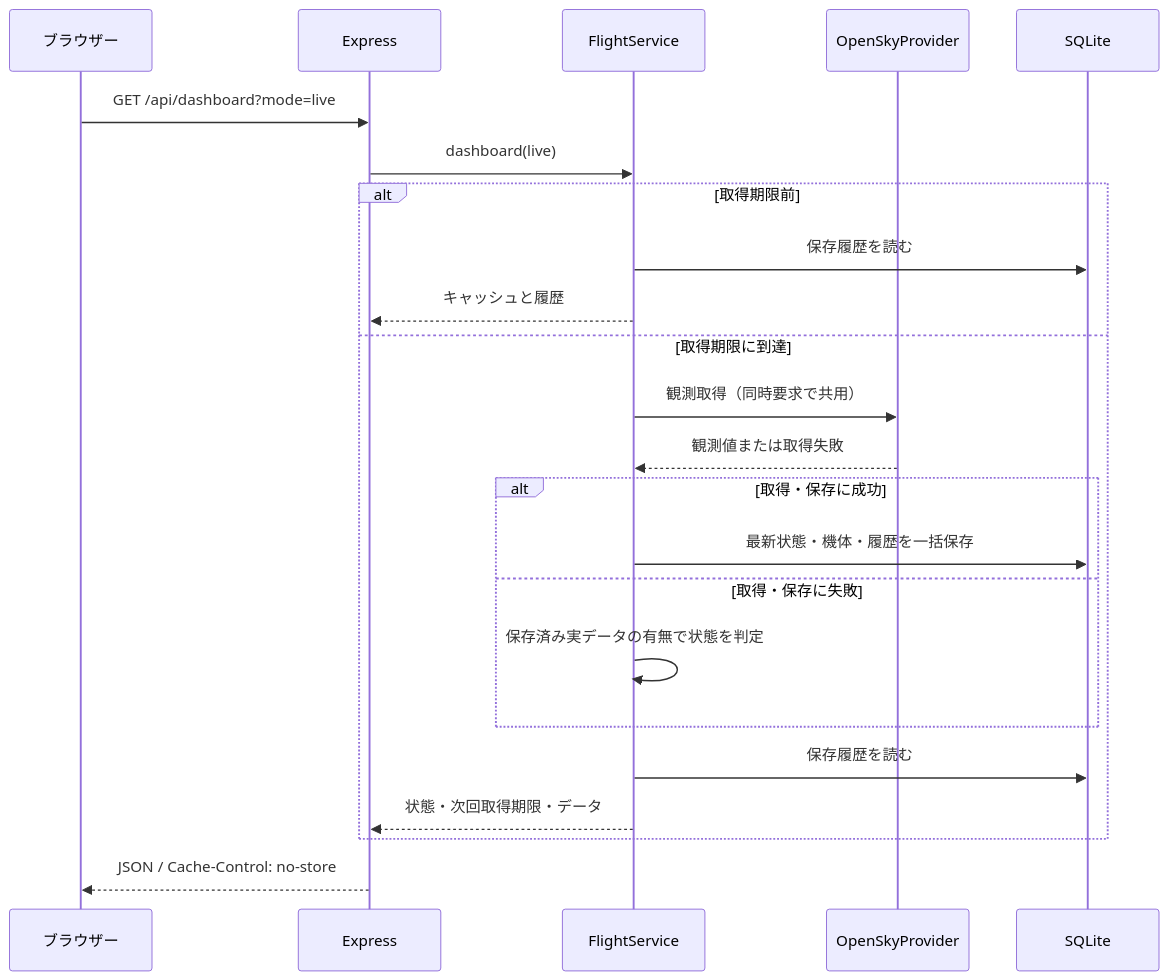
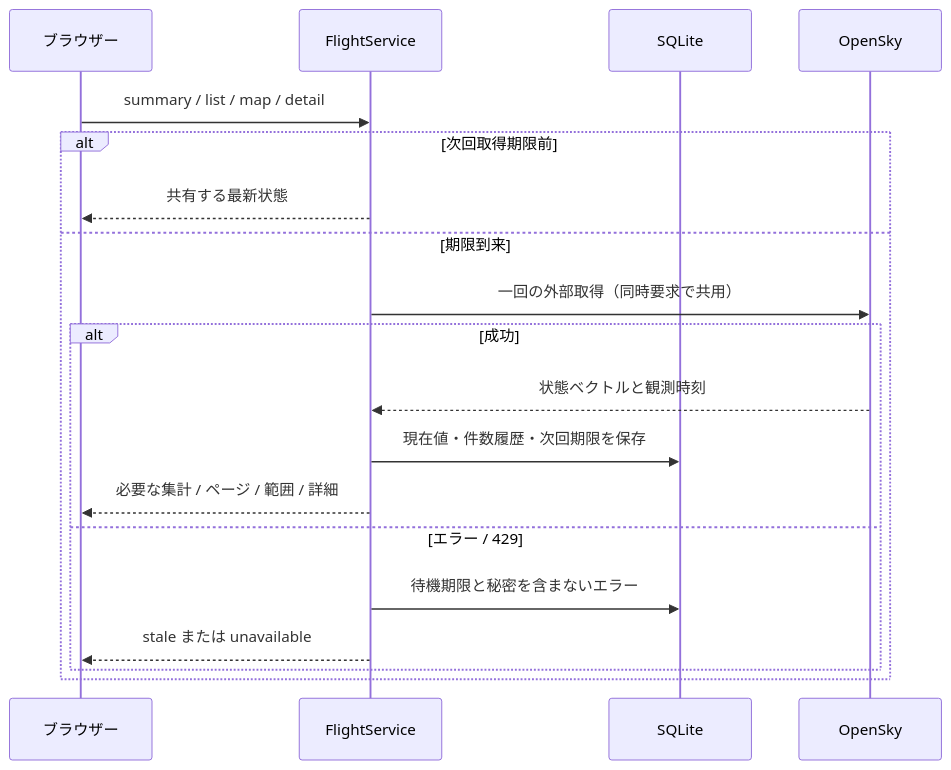
Before and after one commit to Busaemon/global-flight-monitor: the second of 2 diagrams in docs/04-architecture.md, drawn with Mermaid. The commit also changed other lines of this file and 69 other files, not shown here.

````diff
--- a/docs/04-architecture.md
+++ b/docs/04-architecture.md
@@ -86,25 +46,21 @@
 ```mermaid
 sequenceDiagram
     participant B as ブラウザー
-    participant A as Express
-    participant S as FlightService
-    participant P as OpenSkyProvider
+    participant A as FlightService
     participant D as SQLite
-    B->>A: GET /api/dashboard?mode=live
-    A->>S: dashboard(live)
-    alt 取得期限前
-        S->>D: 保存履歴を読む
-        S-->>A: キャッシュと履歴
-    else 取得期限に到達
-        S->>P: 観測取得（同時要求で共用）
-        P-->>S: 観測値または取得失敗
-        alt 取得・保存に成功
-            S->>D: 最新状態・機体・履歴を一括保存
-        else 取得・保存に失敗
-            S->>S: 保存済み実データの有無で状態を判定
+    participant O as OpenSky
+    B->>A: summary / list / map / detail
+    alt 次回取得期限前
+        A-->>B: 共有する最新状態
+    else 期限到来
+        A->>O: 一回の外部取得（同時要求で共用）
+        alt 成功
+            O-->>A: 状態ベクトルと観測時刻
+            A->>D: 現在値・件数履歴・次回期限を保存
+            A-->>B: 必要な集計 / ページ / 範囲 / 詳細
+        else エラー / 429
+            A->>D: 待機期限と秘密を含まないエラー
+            A-->>B: stale または unavailable
         end
-        S->>D: 保存履歴を読む
-        S-->>A: 状態・次回取得期限・データ
     end
-    A-->>B: JSON / Cache-Control: no-store
 ```
````
